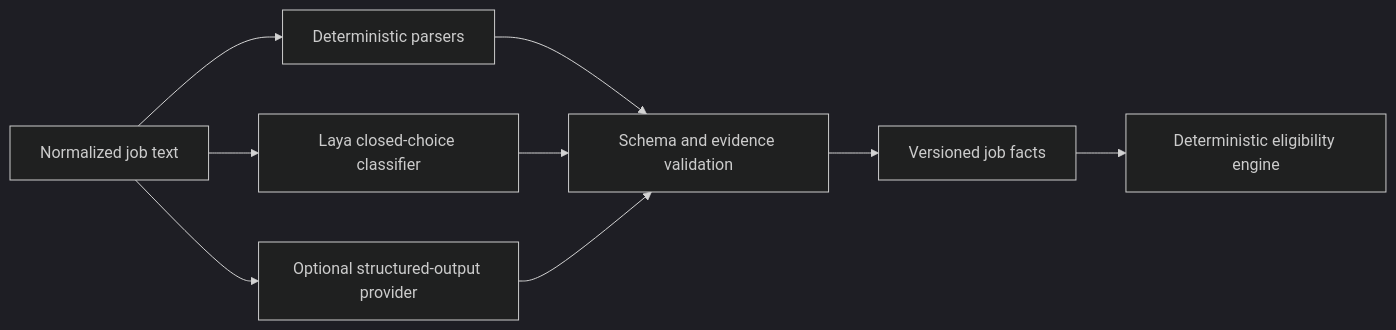
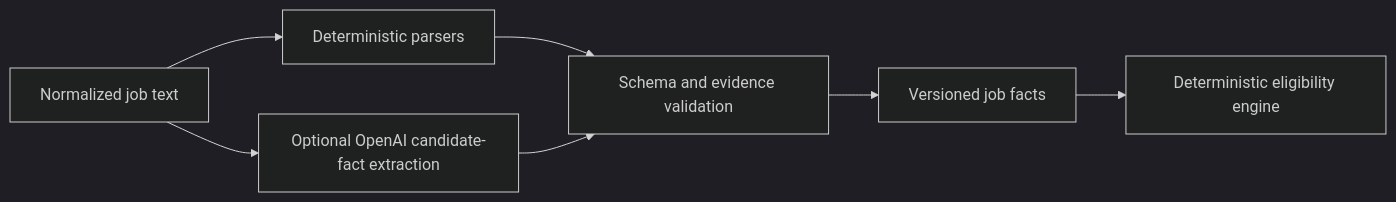
The third of 3 diagrams in docs/architecture.md (rkressm/borderless-jobs), drawn with Mermaid (dark theme) before and after one commit. The commit also changed other lines of this file and 6 other files, not shown here.

Commit message:
docs: replace Laya roadmap with local ChatGPT plan extraction

````diff
--- a/docs/architecture.md
+++ b/docs/architecture.md
@@ -342,19 +340,16 @@
 ```mermaid
 flowchart LR
     Text[Normalized job text]
     Deterministic[Deterministic parsers]
-    Closed[Laya closed-choice classifier]
-    Open[Optional structured-output provider]
+    Open[Optional OpenAI candidate-fact extraction]
     Validate[Schema and evidence validation]
     Facts[Versioned job facts]
     Rules[Deterministic eligibility engine]
 
     Text --> Deterministic
-    Text --> Closed
     Text --> Open
     Deterministic --> Validate
-    Closed --> Validate
     Open --> Validate
     Validate --> Facts
     Facts --> Rules
 ```
````
